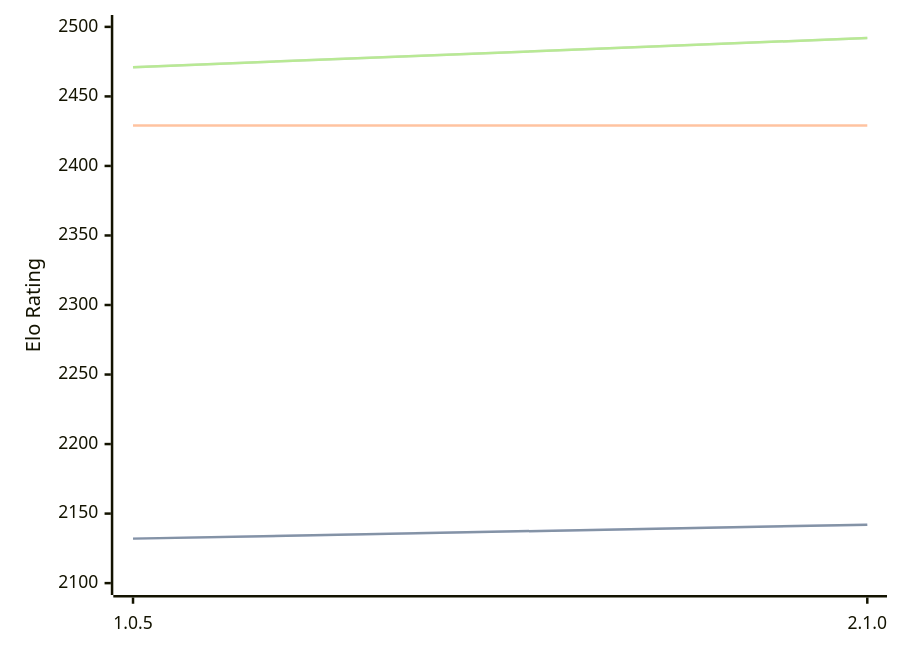
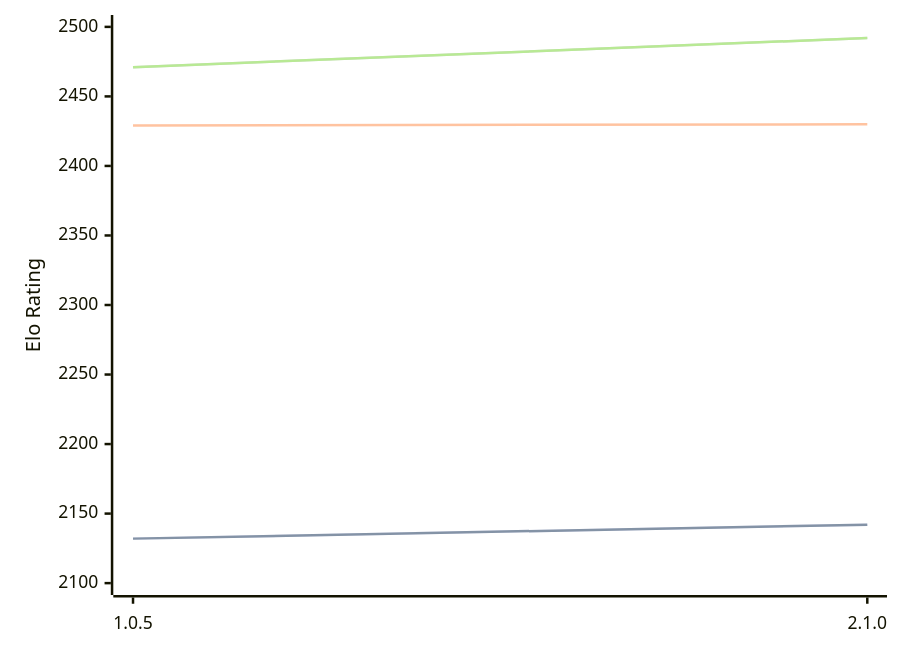
One commit to computer-chess-index/cci changed the diagram in engines/Ruffian.md. Above: the diagram before and after it, drawn with Mermaid. The commit also changed other lines of this file, not shown here.

````diff
--- a/engines/Ruffian.md
+++ b/engines/Ruffian.md
@@ -32,11 +32,11 @@
 ```mermaid
 %%{init: {"theme":"base","themeVariables":{"seriesColors:['#a3a3a3','#222221','#faa371']}}}%%
 xychart-beta
   x-axis ["1.0.5", "2.1.0"]
   y-axis "Elo Rating" 2100 --> 2500
   line "STC (8.0+0.08s)" [2132, 2142]
   line "STC (8.0+0.08s)" [2132, 2142]
-  line "LTC (60.0+0.60s)" [2429, 2429]
+  line "LTC (60.0+0.60s)" [2429, 2430]
   line "VLTC (2m24s+1.12s)" [2471, 2492]
   line "VLTC (2m24s+1.12s)" [2471, 2492]
 ```
````
